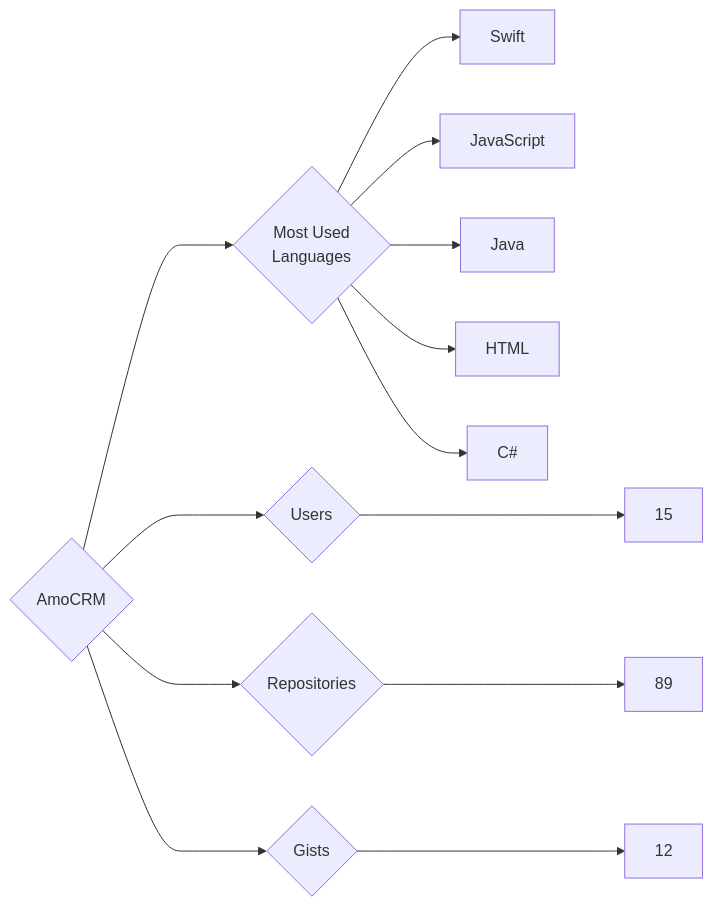
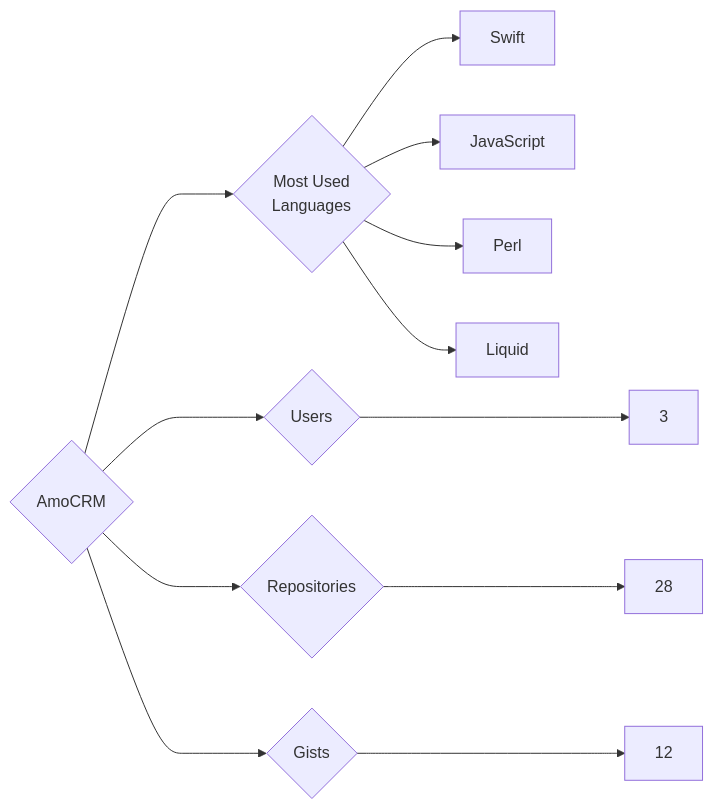
One commit to trickest/insiders changed the diagram in targets/AmoCRM/README.md. Above: the diagram before and after it, drawn with Mermaid. The commit also changed 611 other files, not shown here.

````diff
--- a/targets/AmoCRM/README.md
+++ b/targets/AmoCRM/README.md
@@ -3,13 +3,12 @@
 ```mermaid
 graph LR
 COMPANY_NAME{AmoCRM}
-COMPANY_NAME ---> U{Users} ---> UN[15]
-COMPANY_NAME ---> R{Repositories} ---> RN[89]
+COMPANY_NAME ---> U{Users} ---> UN[3]
+COMPANY_NAME ---> R{Repositories} ---> RN[28]
 COMPANY_NAME ---> G{Gists} ---> GN[12]
 COMPANY_NAME ---> ML{Most Used<br>Languages}
 ML --> Swift[Swift]
 ML --> JavaScript[JavaScript]
-ML --> Java[Java]
-ML --> HTML[HTML]
-ML --> C#[C#]
+ML --> Perl[Perl]
+ML --> Liquid[Liquid]
 ```
````
